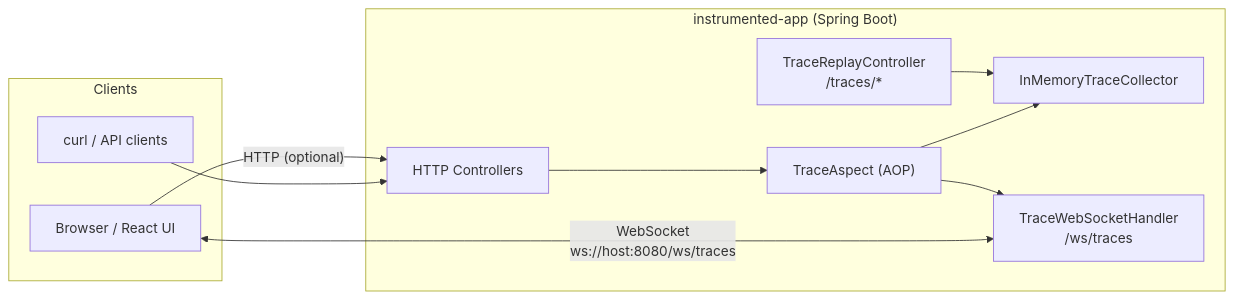
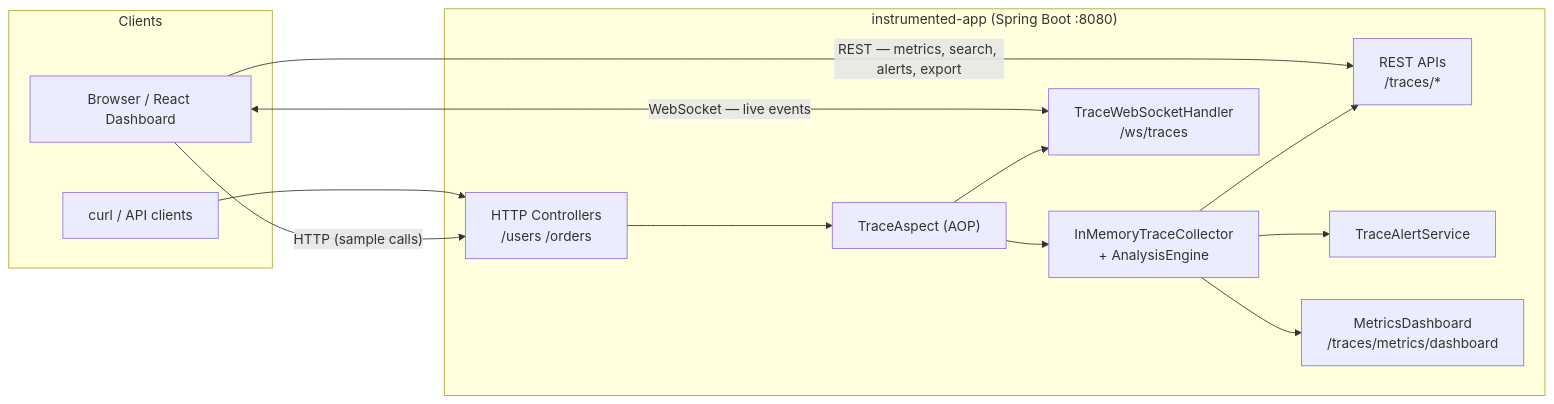
Before and after one commit to NiyathaVS/Live-Backend-Execution-Trace-Visualizer: the first of 5 diagrams in docs/ARCHITECTURE.md, drawn with Mermaid. The commit also changed other lines of this file and 5 other files, not shown here.

````diff
--- a/docs/ARCHITECTURE.md
+++ b/docs/ARCHITECTURE.md
@@ -11,24 +11,29 @@
 ```mermaid
 flowchart LR
     subgraph Clients
-        Browser["Browser / React UI"]
+        Browser["Browser / React Dashboard"]
         Curl["curl / API clients"]
     end
 
-    subgraph InstrumentedApp["instrumented-app (Spring Boot)"]
-        HTTP["HTTP Controllers"]
+    subgraph InstrumentedApp["instrumented-app (Spring Boot :8080)"]
+        HTTP["HTTP Controllers\n/users  /orders"]
         AOP["TraceAspect (AOP)"]
-        Collector["InMemoryTraceCollector"]
+        Collector["InMemoryTraceCollector\n+ AnalysisEngine"]
         WS["TraceWebSocketHandler\n/ws/traces"]
-        REST["TraceReplayController\n/traces/*"]
+        REST["REST APIs\n/traces/*"]
+        Alerts["TraceAlertService"]
+        Metrics["MetricsDashboard\n/traces/metrics/dashboard"]
     end
 
     Curl --> HTTP
-    Browser -->|"HTTP (optional)"| HTTP
-    Browser <-->|"WebSocket\nws://host:8080/ws/traces"| WS
+    Browser -->|"HTTP (sample calls)"| HTTP
+    Browser <-->|"WebSocket — live events"| WS
+    Browser -->|"REST — metrics, search, alerts, export"| REST
 
     HTTP --> AOP
     AOP --> Collector
     AOP --> WS
-    REST --> Collector
+    Collector --> REST
+    Collector --> Alerts
+    Collector --> Metrics
 ```
````
